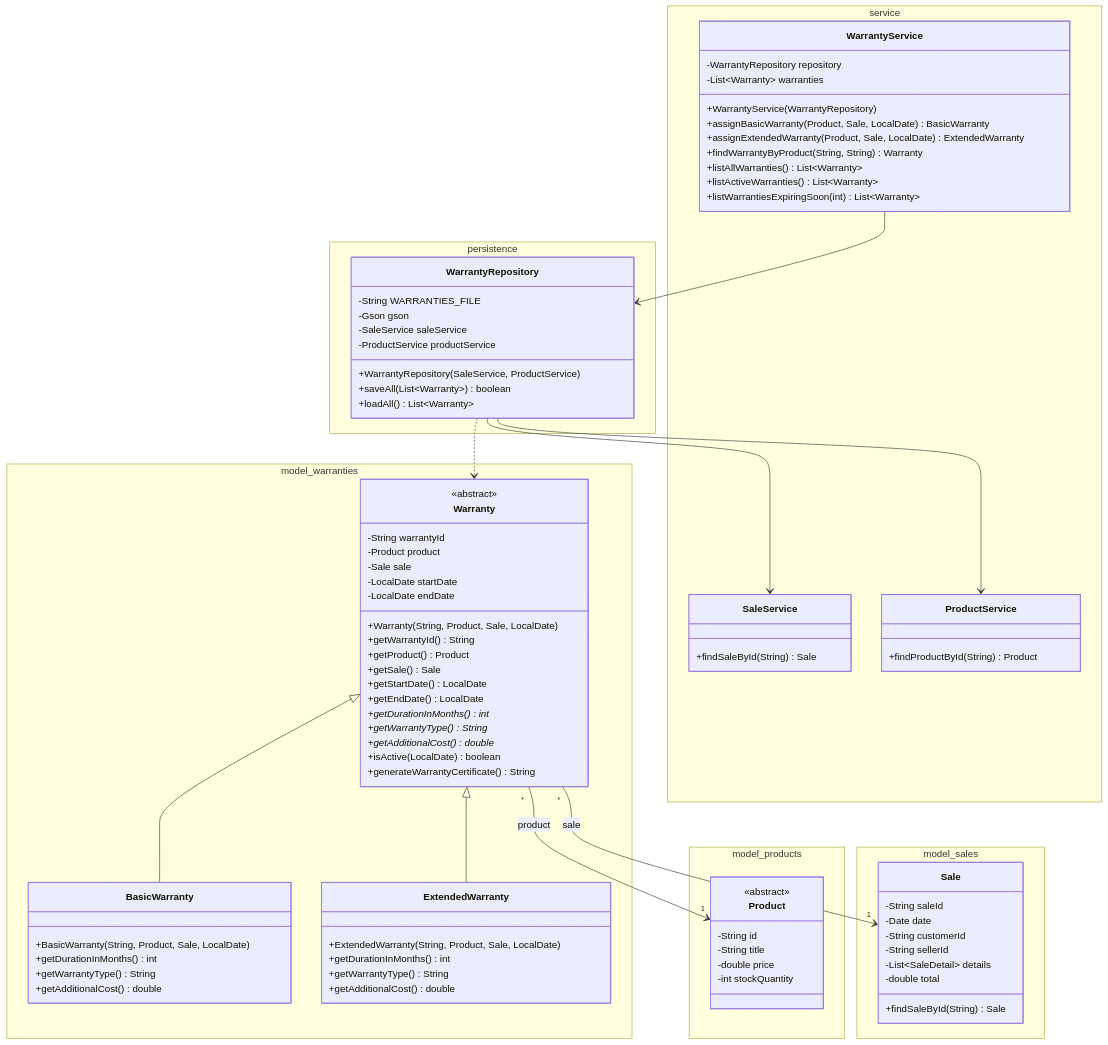
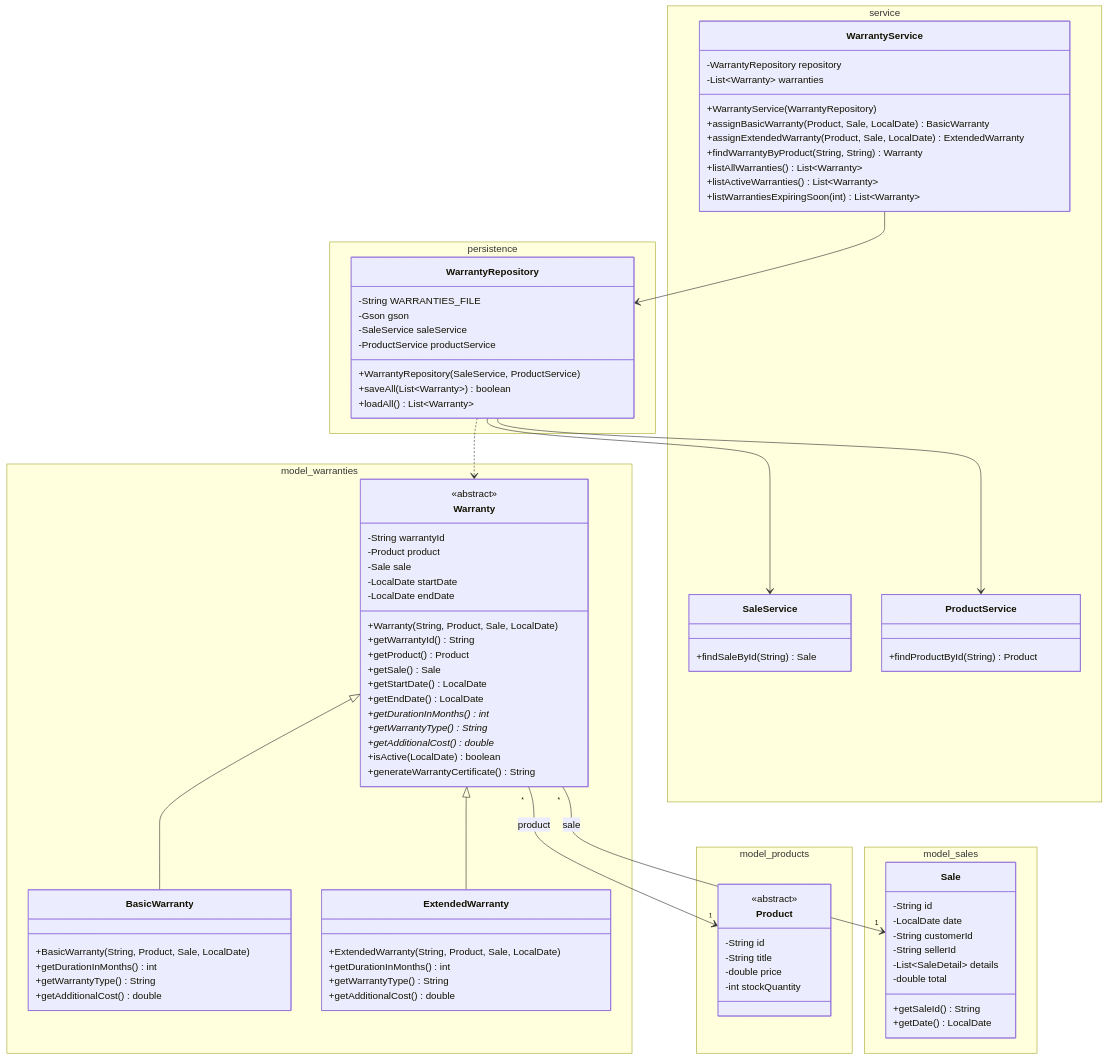
The diagram in docs/warranty-class-diagram.md (Sdfloria333/GameZone), drawn with Mermaid before and after one commit. The commit also changed other lines of this file and 5 other files, not shown here.

Commit message:
feat :add diagrams of hierarchy, layers and class diagram

```diff
--- a/docs/warranty-class-diagram.md
+++ b/docs/warranty-class-diagram.md
@@ -48,13 +48,14 @@
 
     namespace model_sales {
         class Sale {
-            -String saleId
-            -Date date
+            -String id
+            -LocalDate date
             -String customerId
             -String sellerId
             -List~SaleDetail~ details
             -double total
-            +findSaleById(String) Sale
+            +getSaleId() String
+            +getDate() LocalDate
         }
     }
 
```
